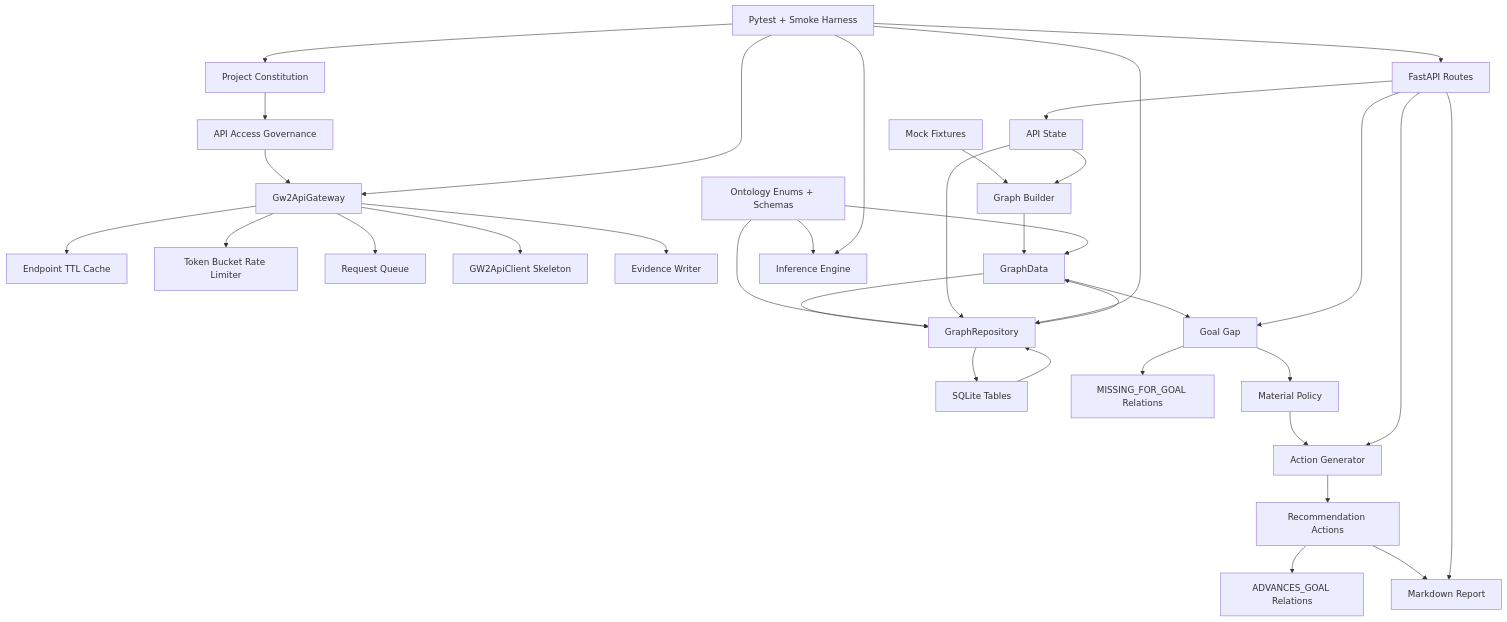
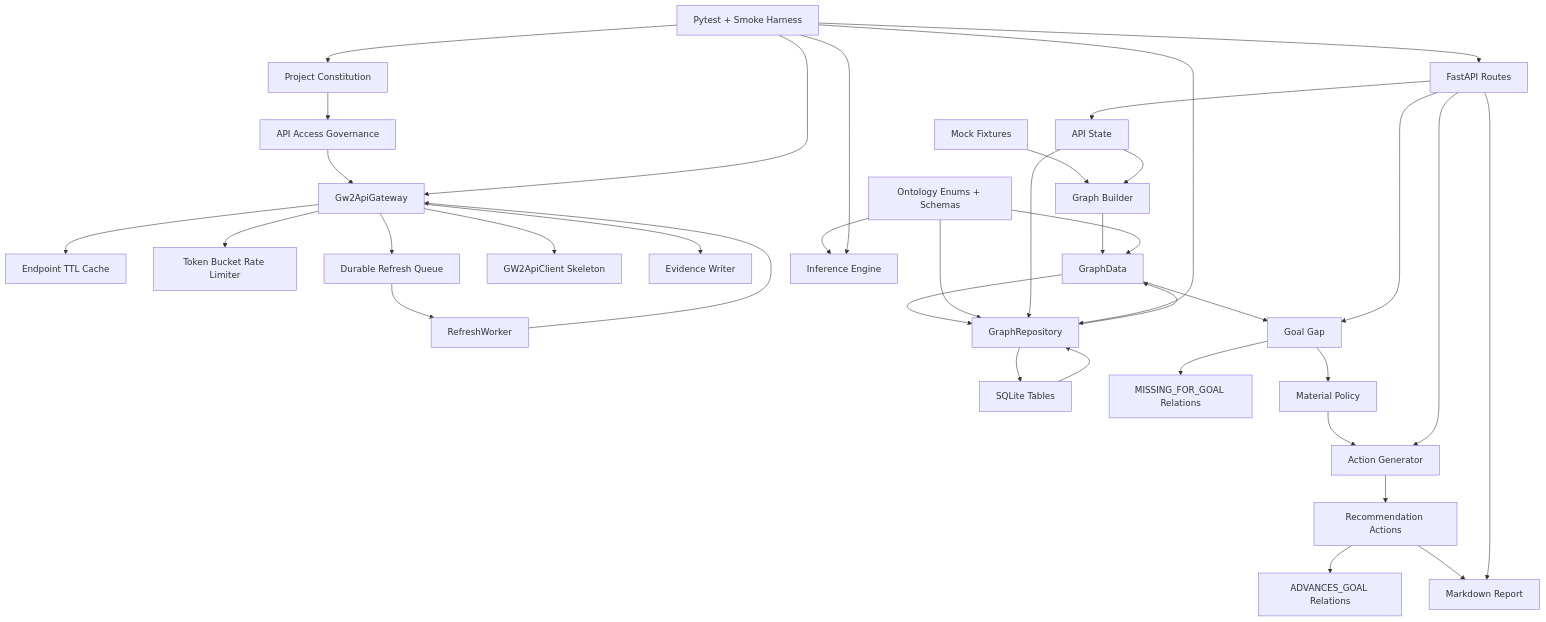
The diagram in docs/analysis/CODE_SPECTRUM_AND_SEMANTIC_GRAPH.md (johnslee1207-commits/gw2radar), drawn with Mermaid before and after one commit. The commit also changed other lines of this file and 22 other files, not shown here.

````diff
--- a/docs/analysis/CODE_SPECTRUM_AND_SEMANTIC_GRAPH.md
+++ b/docs/analysis/CODE_SPECTRUM_AND_SEMANTIC_GRAPH.md
@@ -59,42 +59,44 @@
 ```mermaid
 flowchart TD
   Constitution["Project Constitution"] --> Governance["API Access Governance"]
   Governance --> Gateway["Gw2ApiGateway"]
   Gateway --> Cache["Endpoint TTL Cache"]
   Gateway --> Limiter["Token Bucket Rate Limiter"]
-  Gateway --> Queue["Request Queue"]
+  Gateway --> Queue["Durable Refresh Queue"]
   Gateway --> Client["GW2ApiClient Skeleton"]
   Gateway --> EvidenceWriter["Evidence Writer"]
+  Queue --> RefreshWorker["RefreshWorker"]
+  RefreshWorker --> Gateway
 
   Fixtures["Mock Fixtures"] --> GraphBuilder["Graph Builder"]
   GraphBuilder --> GraphData["GraphData"]
   GraphData --> Repository["GraphRepository"]
   Repository --> SQLite["SQLite Tables"]
   SQLite --> Repository
   Repository --> GraphData
 
   Ontology["Ontology Enums + Schemas"] --> GraphData
   Ontology --> Repository
   Ontology --> Inference["Inference Engine"]
 
   GraphData --> GoalGap["Goal Gap"]
   GoalGap --> MissingRelations["MISSING_FOR_GOAL Relations"]
   GoalGap --> MaterialPolicy["Material Policy"]
   MaterialPolicy --> ActionGen["Action Generator"]
   ActionGen --> Actions["Recommendation Actions"]
   Actions --> AdvancesRelations["ADVANCES_GOAL Relations"]
   Actions --> Report["Markdown Report"]
 
   API["FastAPI Routes"] --> GraphState["API State"]
   GraphState --> Repository
   GraphState --> GraphBuilder
   API --> GoalGap
   API --> ActionGen
   API --> Report
 
   Tests["Pytest + Smoke Harness"] --> API
   Tests --> Inference
   Tests --> Gateway
   Tests --> Repository
   Tests --> Constitution
 ```
````
